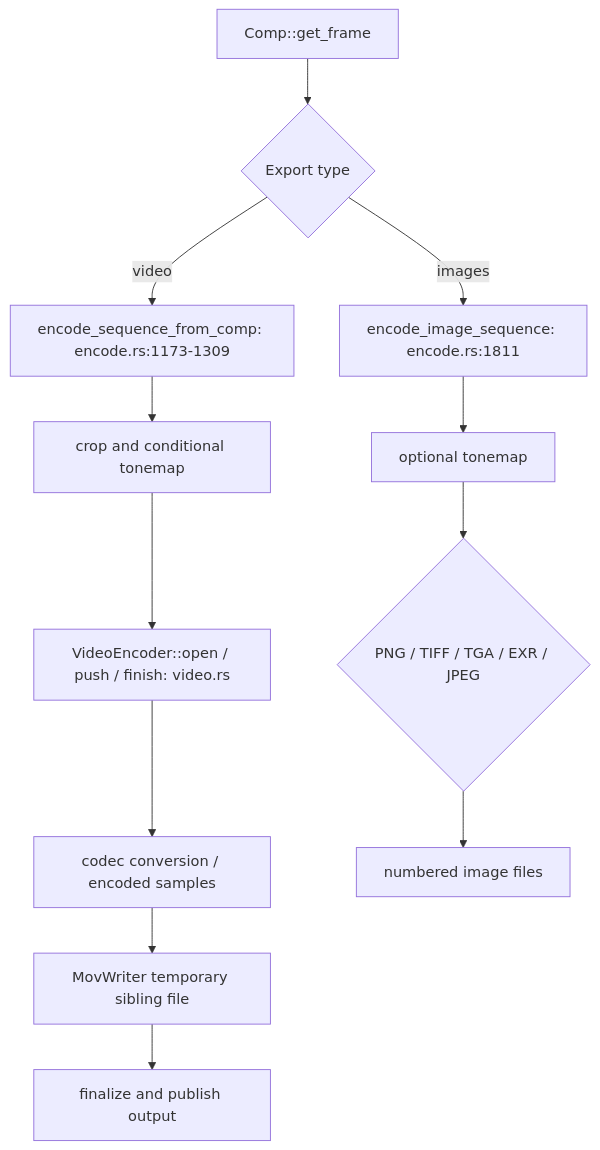
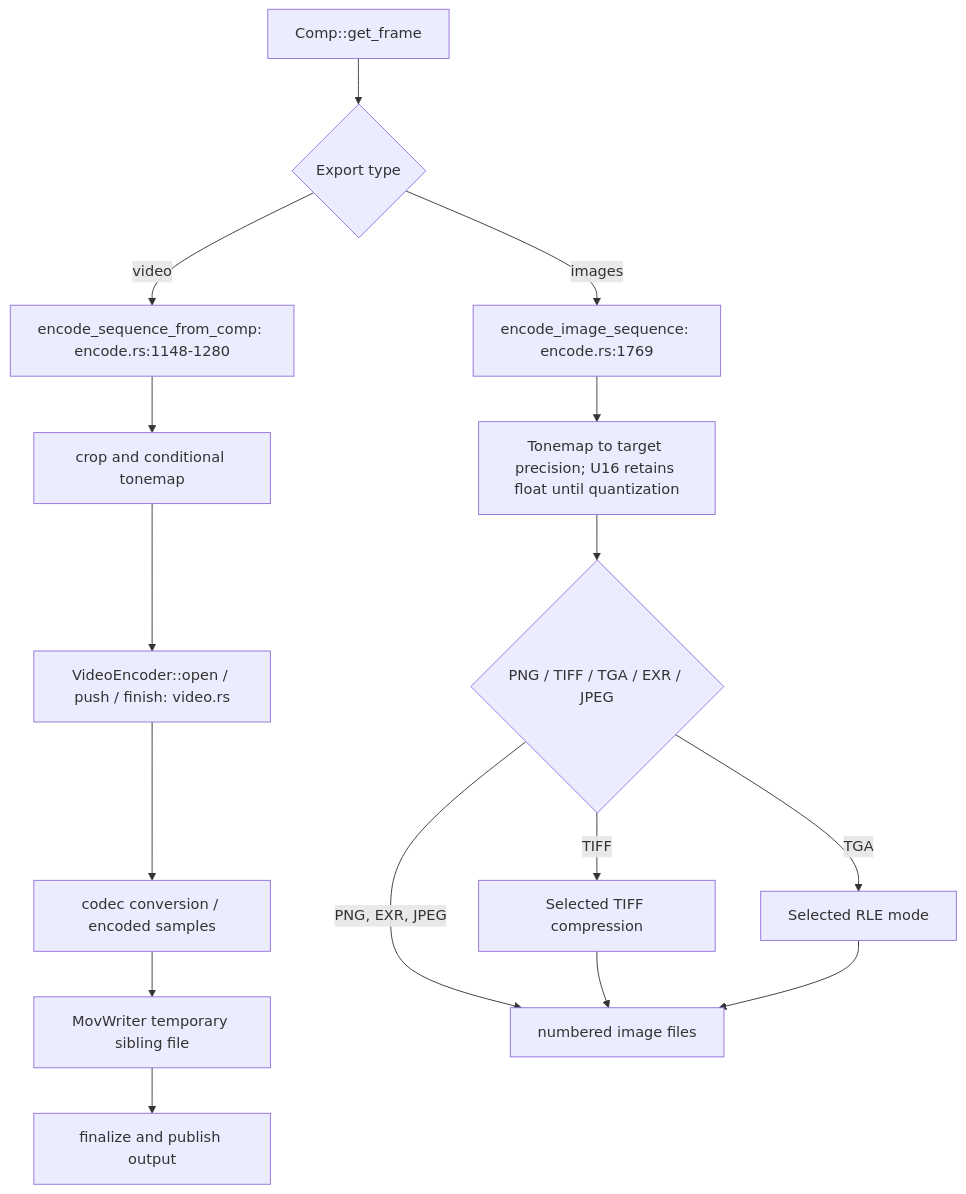
One commit to ssoj13/squarebob-rs changed the seventh of 7 diagrams in DIAGRAMS.md. Above: the diagram before and after it, drawn with Mermaid. The commit also changed other lines of this file and 26 other files, not shown here.

````diff
--- a/DIAGRAMS.md
+++ b/DIAGRAMS.md
@@ -112,14 +146,18 @@
 ```mermaid
 flowchart TD
     Comp["Comp::get_frame"] --> Choice{"Export type"}
-    Choice -->|video| Video["encode_sequence_from_comp: encode.rs:1173-1309"]
+    Choice -->|video| Video["encode_sequence_from_comp: encode.rs:1148-1280"]
     Video --> Crop["crop and conditional tonemap"]
     Crop --> Encoder["VideoEncoder::open / push / finish: video.rs"]
     Encoder --> Convert["codec conversion / encoded samples"]
     Convert --> Mux["MovWriter temporary sibling file"]
     Mux --> Commit["finalize and publish output"]
-    Choice -->|images| Sequence["encode_image_sequence: encode.rs:1811"]
-    Sequence --> Tone["optional tonemap"]
+    Choice -->|images| Sequence["encode_image_sequence: encode.rs:1769"]
+    Sequence --> Tone["Tonemap to target precision; U16 retains float until quantization"]
     Tone --> Writer{"PNG / TIFF / TGA / EXR / JPEG"}
-    Writer --> Frames["numbered image files"]
+    Writer -->|TIFF| Tiff["Selected TIFF compression"]
+    Writer -->|TGA| Tga["Selected RLE mode"]
+    Writer -->|PNG, EXR, JPEG| Frames["numbered image files"]
+    Tiff --> Frames
+    Tga --> Frames
 ```
````
